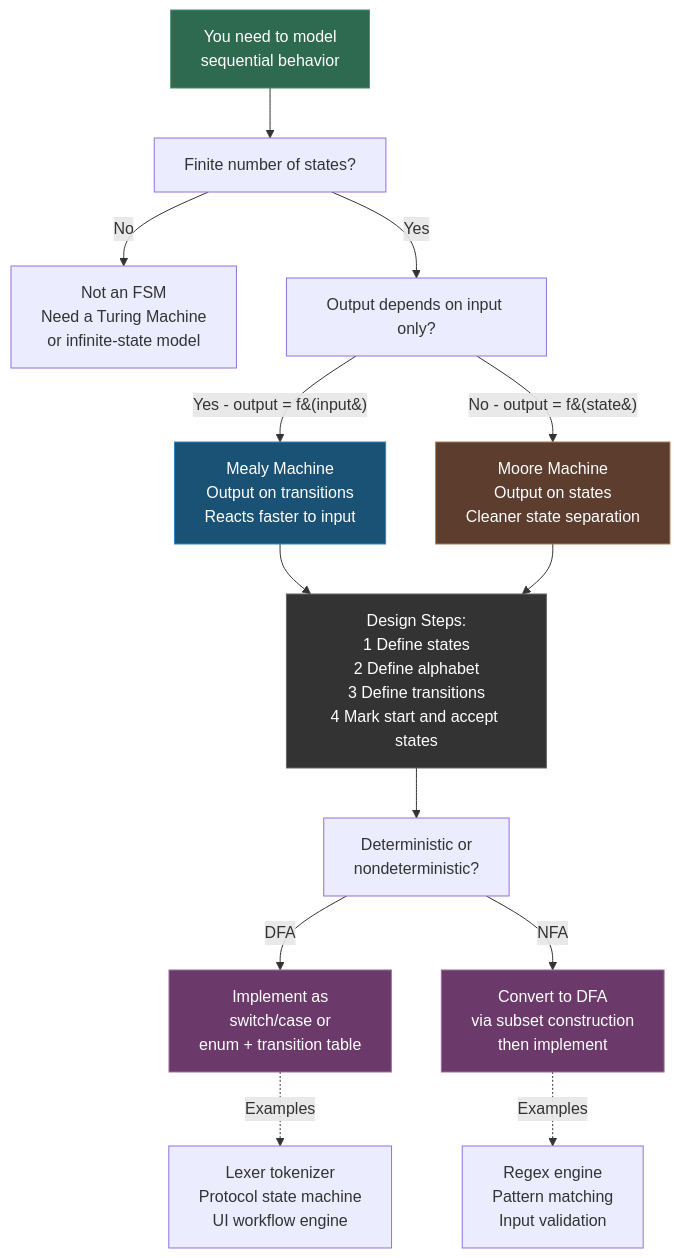
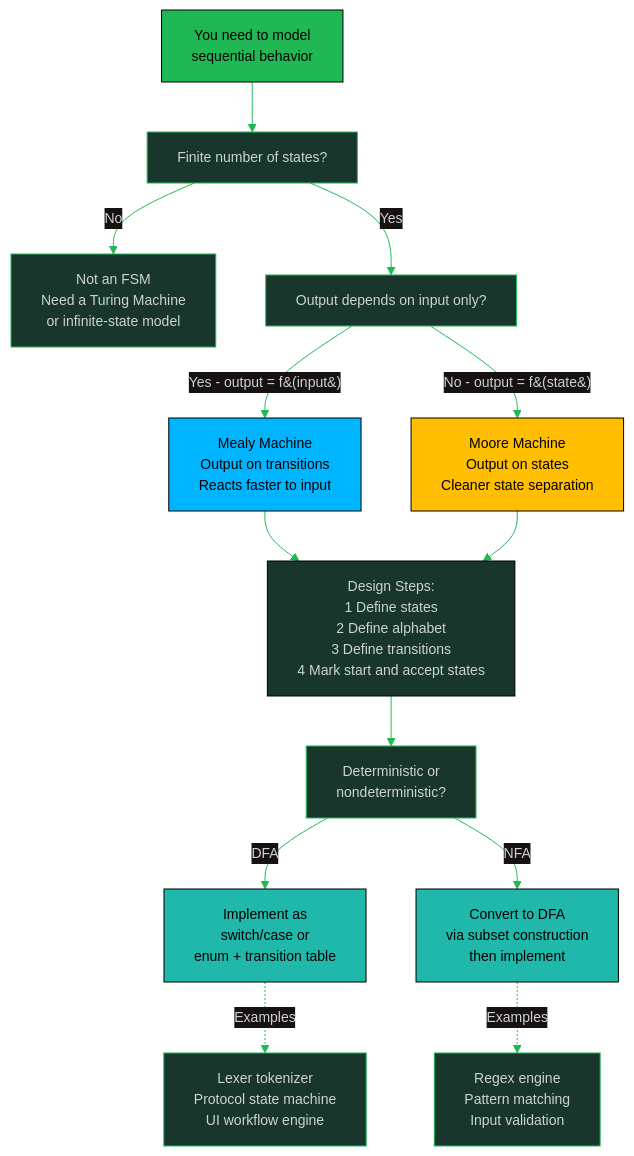
Before and after one commit to oat431/swe-knowledge: the diagram in math-for-software-engineering-note/06_finite_state_machines.md, drawn with Mermaid. The commit also changed other lines of this file and 18 other files, not shown here.

````diff
--- a/math-for-software-engineering-note/06_finite_state_machines.md
+++ b/math-for-software-engineering-note/06_finite_state_machines.md
@@ -79,26 +79,27 @@
 ```mermaid
+%%{init: {'theme':'base','themeVariables':{'primaryColor':'#19362D','primaryTextColor':'#CDD3D1','primaryBorderColor':'#1FB854','lineColor':'#1FB854','background':'#1B1717','mainBkg':'#19362D','clusterBkg':'#161212','edgeLabelBackground':'#161212','titleColor':'#1FB854','fontSize':'14px'}}}%%
 flowchart TD
     START["You need to model\nsequential behavior"] --> Q1["Finite number of states?"]
     Q1 -->|No| TM["Not an FSM\nNeed a Turing Machine\nor infinite-state model"]
     Q1 -->|Yes| Q2["Output depends on input only?"]
 
     Q2 -->|Yes - output = f&#40;input&#41;| MEALY["Mealy Machine\nOutput on transitions\nReacts faster to input"]
     Q2 -->|No - output = f&#40;state&#41;| MOORE["Moore Machine\nOutput on states\nCleaner state separation"]
 
     MEALY --> DESIGN["Design Steps:\n1 Define states\n2 Define alphabet\n3 Define transitions\n4 Mark start and accept states"]
     MOORE --> DESIGN
 
     DESIGN --> Q3["Deterministic or\nnondeterministic?"]
     Q3 -->|DFA| IMPL["Implement as\nswitch/case or\nenum + transition table"]
     Q3 -->|NFA| CONVERT["Convert to DFA\nvia subset construction\nthen implement"]
 
     IMPL -.->|Examples| EX1["Lexer tokenizer\nProtocol state machine\nUI workflow engine"]
     CONVERT -.->|Examples| EX2["Regex engine\nPattern matching\nInput validation"]
 
-    style START fill:#2d6a4f,stroke:#40916c,color:#fff
-    style MEALY fill:#1a5276,stroke:#2e86c1,color:#fff
-    style MOORE fill:#5c3d2e,stroke:#a67c52,color:#fff
-    style DESIGN fill:#333,stroke:#666,color:#fff
-    style IMPL fill:#6b3a6b,stroke:#9b6b9b,color:#fff
-    style CONVERT fill:#6b3a6b,stroke:#9b6b9b,color:#fff
+    style START fill:#1FB854,stroke:#000000,color:#000000
+    style MEALY fill:#00B5FF,stroke:#000000,color:#000000
+    style MOORE fill:#FFBE00,stroke:#000000,color:#000000
+    style DESIGN fill:#19362D,stroke:#000000,color:#CDD3D1
+    style IMPL fill:#1FB8AB,stroke:#000000,color:#000000
+    style CONVERT fill:#1FB8AB,stroke:#000000,color:#000000
 ```
````
